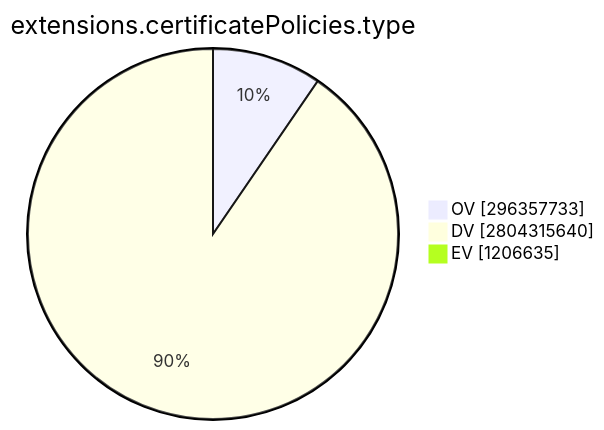
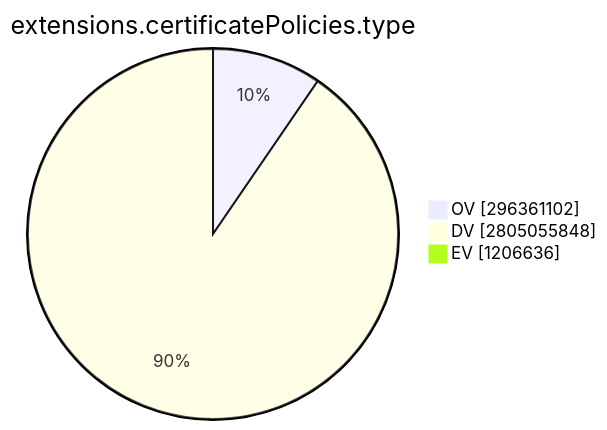
One commit to christiankrug/ctmonitor_visualization changed the ninth of 15 diagrams in TOTAL/README.md. Above: the diagram before and after it, drawn with Mermaid. The commit also changed other lines of this file, not shown here.

````diff
--- a/TOTAL/README.md
+++ b/TOTAL/README.md
@@ -3099,7 +3099,7 @@
 ```mermaid
 pie showData
 title extensions.certificatePolicies.type
-"OV" :296357733
-"DV" :2804315640
-"EV" :1206635
+"OV" :296361102
+"DV" :2805055848
+"EV" :1206636
 ```
````
